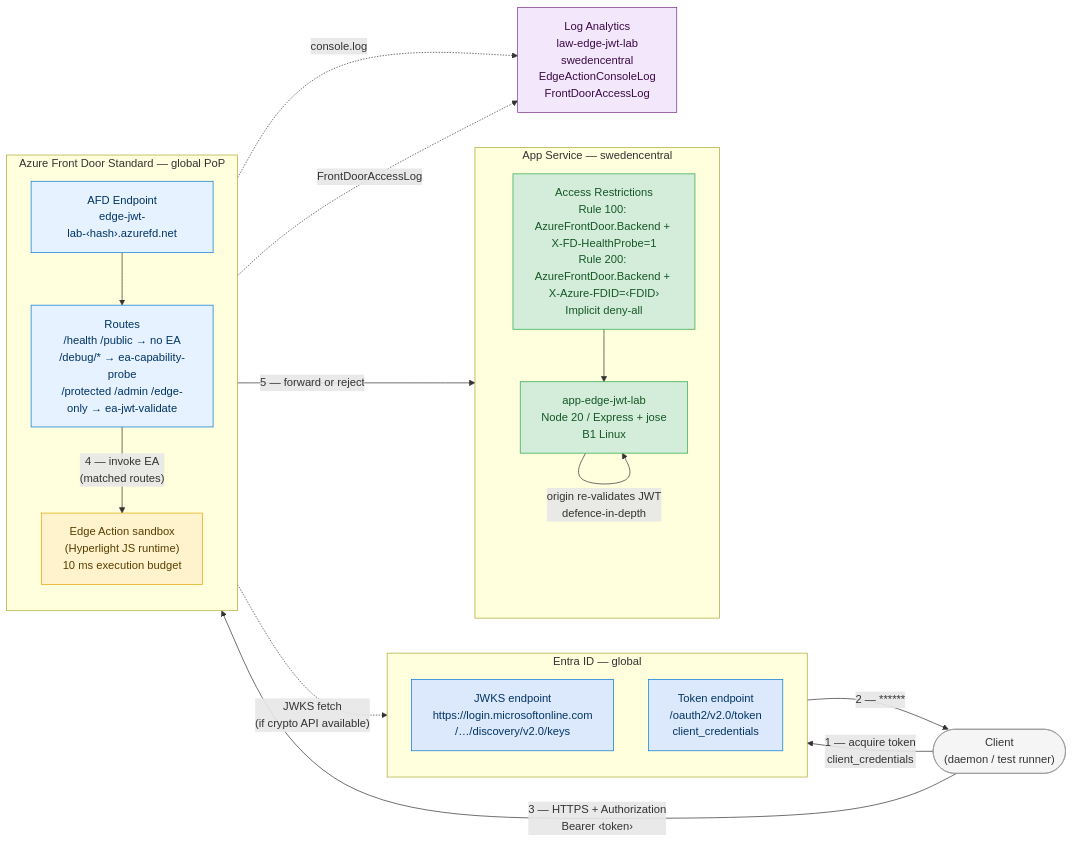
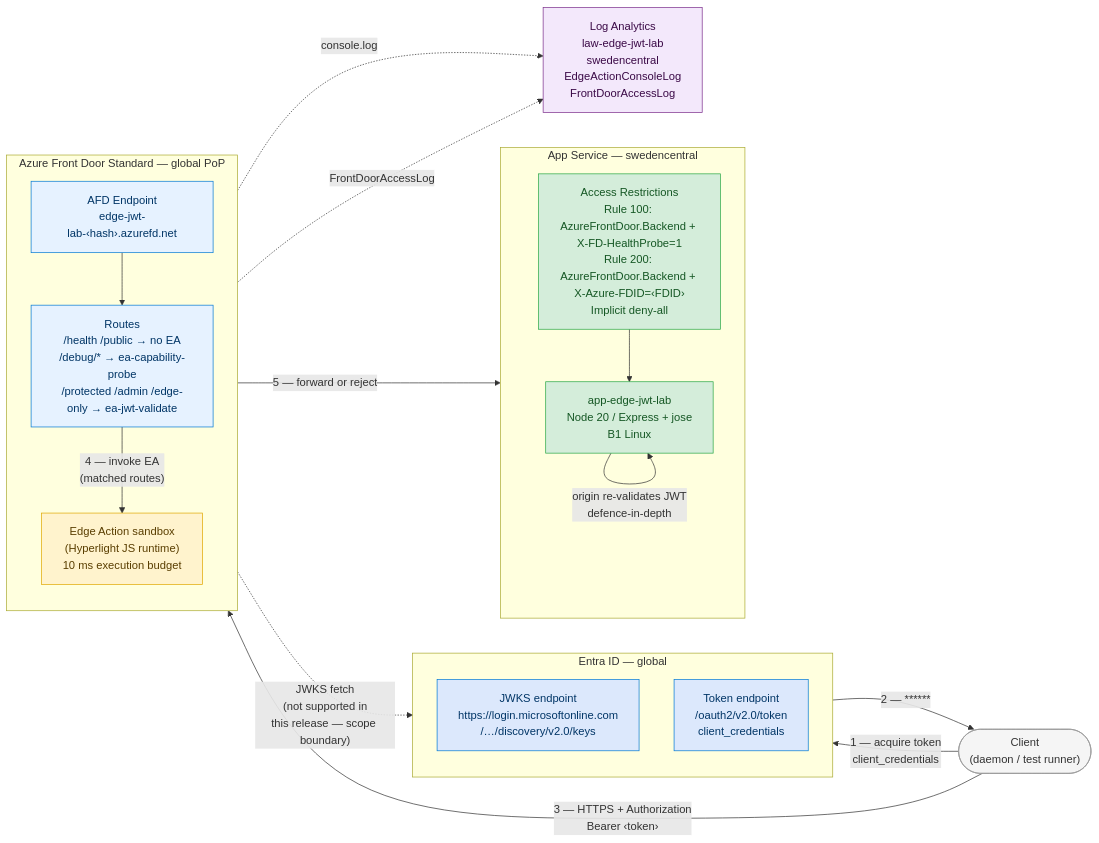
One commit to erjosito/net-lab-builder changed the first of 5 diagrams in labs/afd-edge-actions-jwt-validation/README.md. Above: the diagram before and after it, drawn with Mermaid. The commit also changed other lines of this file and 10 other files, not shown here.

````diff
--- a/labs/afd-edge-actions-jwt-validation/README.md
+++ b/labs/afd-edge-actions-jwt-validation/README.md
@@ -413,44 +428,44 @@
 ```mermaid
 flowchart LR
     classDef internet  fill:#f5f5f5,stroke:#999,color:#333
     classDef entra     fill:#dce8fc,stroke:#0078d4,color:#003566
     classDef afd       fill:#e6f2ff,stroke:#0078d4,color:#003566
     classDef edge      fill:#fff3cd,stroke:#e0a800,color:#5a3e00
     classDef origin    fill:#d4edda,stroke:#28a745,color:#155724
     classDef logging   fill:#f3e8fb,stroke:#7b2d8b,color:#3b0a47
 
     C(["Client\n(daemon / test runner)"]):::internet
 
     subgraph EntraID["Entra ID — global"]
         direction TB
         JWKS["JWKS endpoint\nhttps://login.microsoftonline.com\n/…/discovery/v2.0/keys"]:::entra
         TOKEN["Token endpoint\n/oauth2/v2.0/token\nclient_credentials"]:::entra
     end
 
     subgraph AFD["Azure Front Door Standard — global PoP"]
         direction TB
         EP["AFD Endpoint\nedge-jwt-lab-‹hash›.azurefd.net"]:::afd
         ROUTE["Routes\n/health /public → no EA\n/debug/* → ea-capability-probe\n/protected /admin /edge-only → ea-jwt-validate"]:::afd
         EA["Edge Action sandbox\n(Hyperlight JS runtime)\n10 ms execution budget"]:::edge
     end
 
     subgraph OriginSE["App Service — swedencentral"]
         direction TB
         APPSVC["app-edge-jwt-lab\nNode 20 / Express + jose\nB1 Linux"]:::origin
         RESTRICT["Access Restrictions\nRule 100: AzureFrontDoor.Backend + X-FD-HealthProbe=1\nRule 200: AzureFrontDoor.Backend + X-Azure-FDID=‹FDID›\nImplicit deny-all"]:::origin
     end
 
     LAW["Log Analytics\nlaw-edge-jwt-lab\nswedencentral\nEdgeActionConsoleLog\nFrontDoorAccessLog"]:::logging
 
     C -->|"1 — acquire token\nclient_credentials"| TOKEN
     TOKEN -->|"2 — ******"| C
     C -->|"3 — HTTPS + Authorization\nBearer ‹token›"| EP
     EP --> ROUTE
     ROUTE -->|"4 — invoke EA\n(matched routes)"| EA
-    EA -.->|"JWKS fetch\n(if crypto API available)"| JWKS
+    EA -.->|"JWKS fetch\n(not supported in\nthis release — scope boundary)"| JWKS
     EA -->|"5 — forward or reject"| RESTRICT
     RESTRICT --> APPSVC
     APPSVC -->|"origin re-validates JWT\ndefence-in-depth"| APPSVC
     EA -.->|"console.log"| LAW
     EP -.->|"FrontDoorAccessLog"| LAW
 ```
````
